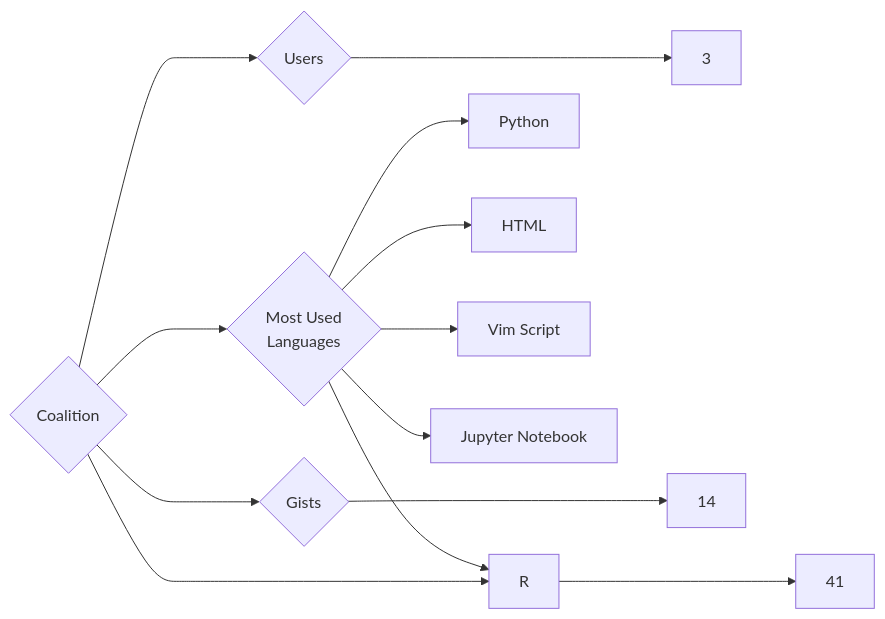
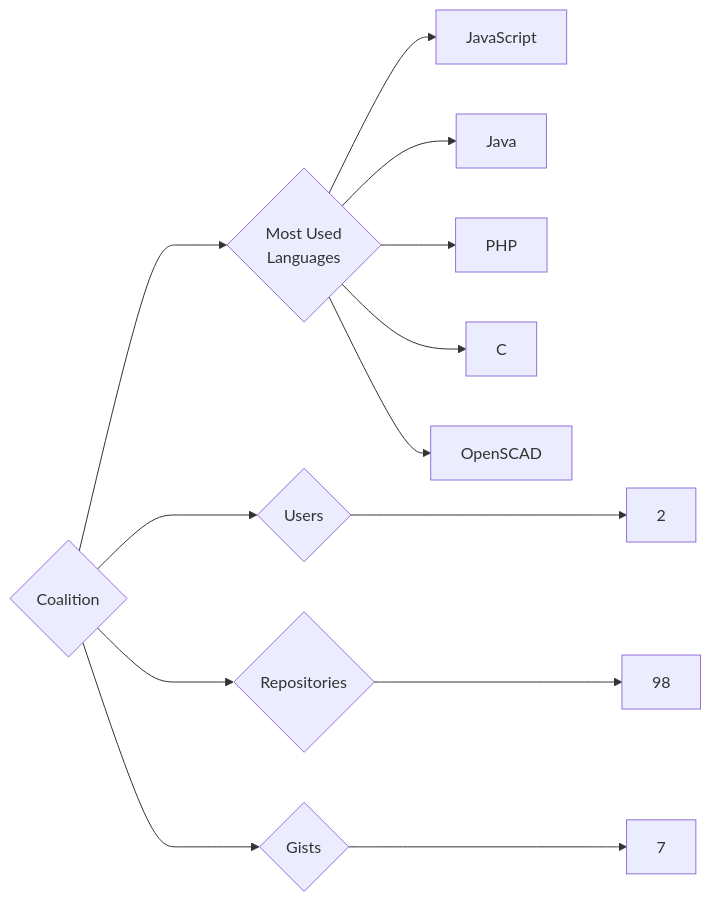
Before and after one commit to trickest/insiders: the diagram in targets/Coalition/README.md, drawn with Mermaid. The commit also changed 998 other files, not shown here.

````diff
--- a/targets/Coalition/README.md
+++ b/targets/Coalition/README.md
@@ -3,13 +3,13 @@
 ```mermaid
 graph LR
 COMPANY_NAME{Coalition}
-COMPANY_NAME ---> U{Users} ---> UN[3]
-COMPANY_NAME ---> R{Repositories} ---> RN[41]
-COMPANY_NAME ---> G{Gists} ---> GN[14]
+COMPANY_NAME ---> U{Users} ---> UN[2]
+COMPANY_NAME ---> R{Repositories} ---> RN[98]
+COMPANY_NAME ---> G{Gists} ---> GN[7]
 COMPANY_NAME ---> ML{Most Used<br>Languages}
-ML --> Python[Python]
-ML --> R[R]
-ML --> HTML[HTML]
-ML --> Vim_Script[Vim Script]
-ML --> Jupyter_Notebook[Jupyter Notebook]
+ML --> JavaScript[JavaScript]
+ML --> Java[Java]
+ML --> PHP[PHP]
+ML --> C[C]
+ML --> OpenSCAD[OpenSCAD]
 ```
````
